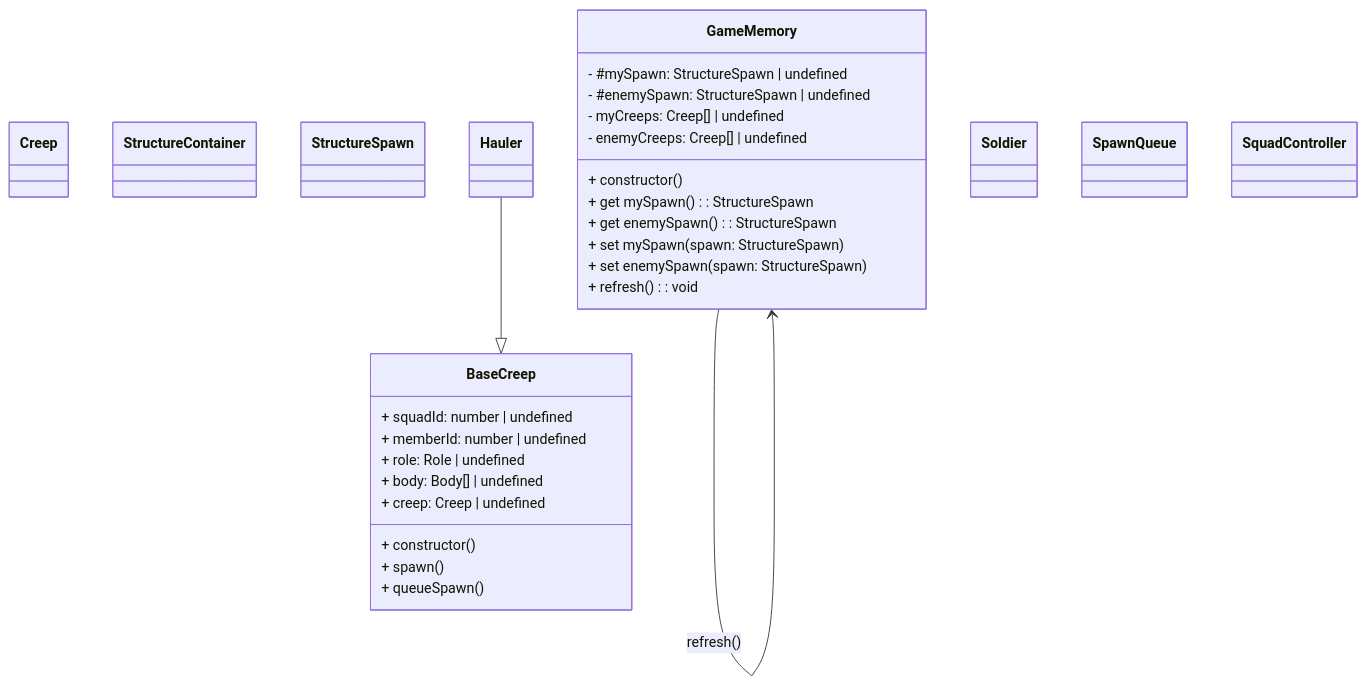
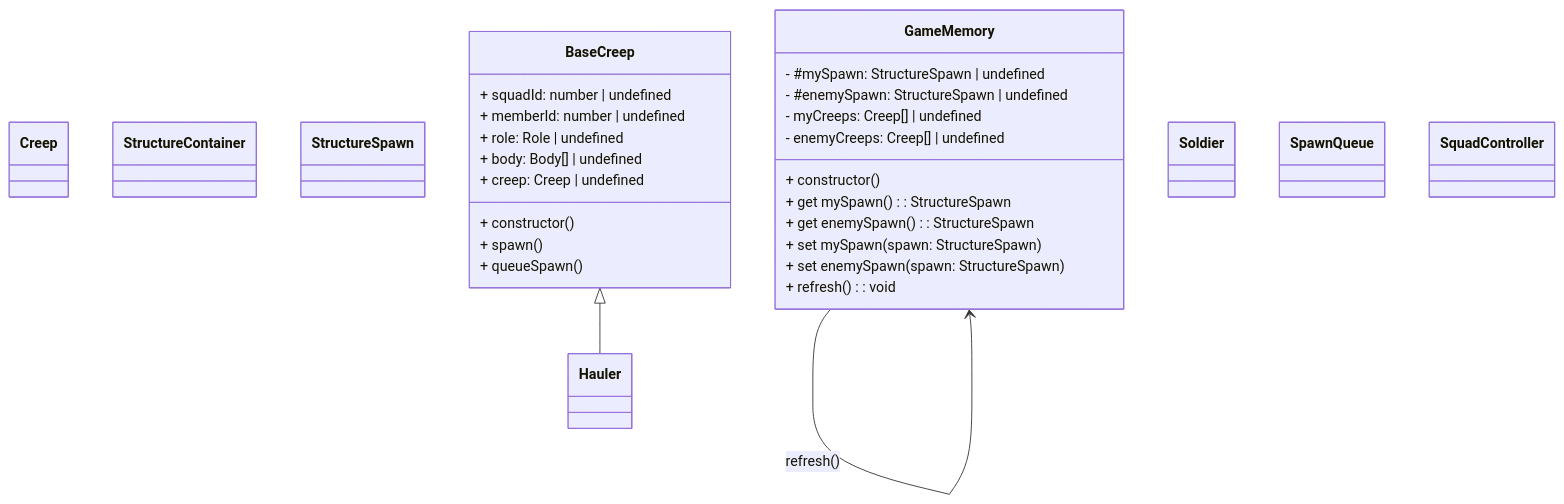
One commit to MilkSjeik/ScreepsArena-alpha-spawn_and_swamp changed the diagram in doc/ClassDiagram.md. Above: the diagram before and after it, drawn with Mermaid.

Commit message:
doc: fixing inheritance arrow

````diff
--- a/doc/ClassDiagram.md
+++ b/doc/ClassDiagram.md
@@ -1,50 +1,50 @@
 ```mermaid
 classDiagram
   class Creep {
     %% Game prototype
   }
   class StructureContainer {
     %% Game prototype
   }
   class StructureSpawn{
     %% Game prototype
   }
 
   class BaseCreep{
     + squadId: number | undefined
     + memberId: number | undefined
     + role: Role | undefined
     + body: Body[] | undefined
     + creep: Creep | undefined
     + constructor()
     + spawn()
     + queueSpawn()
   }
   class GameMemory{
     - #mySpawn: StructureSpawn | undefined
     - #enemySpawn: StructureSpawn | undefined
     - myCreeps: Creep[] | undefined
     - enemyCreeps: Creep[] | undefined
     + constructor()
     + get mySpawn(): StructureSpawn
     + get enemySpawn(): StructureSpawn
     + set mySpawn(spawn: StructureSpawn)
     + set enemySpawn(spawn: StructureSpawn)
     + refresh(): void
   }
   class Hauler{
 
   }
   class Soldier{
 
   }
   class SpawnQueue{
 
   }
   class SquadController{
 
   }
 
   GameMemory --> GameMemory : refresh()
-  Hauler--|>BaseCreep
+  BaseCreep <|-- Hauler
 ```
````
